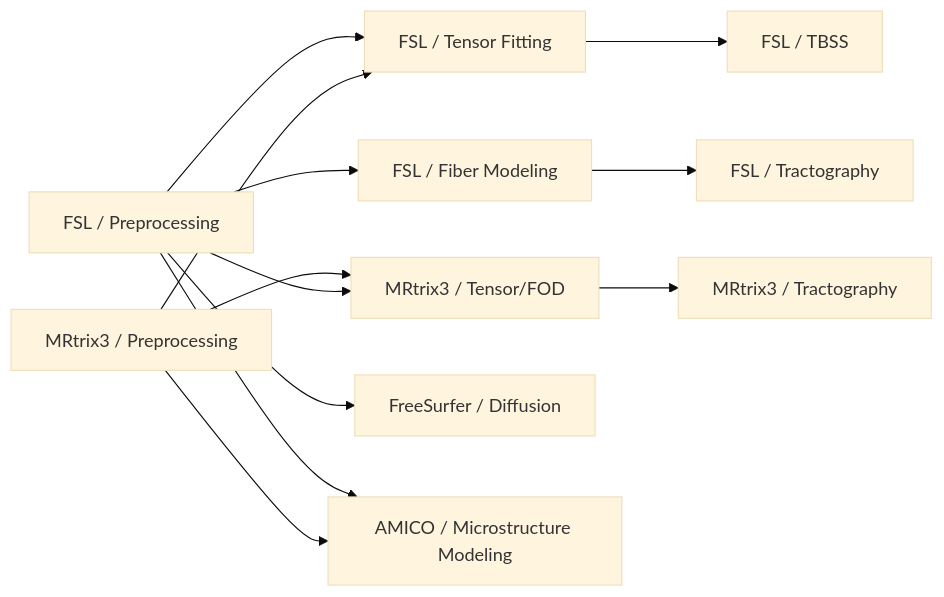
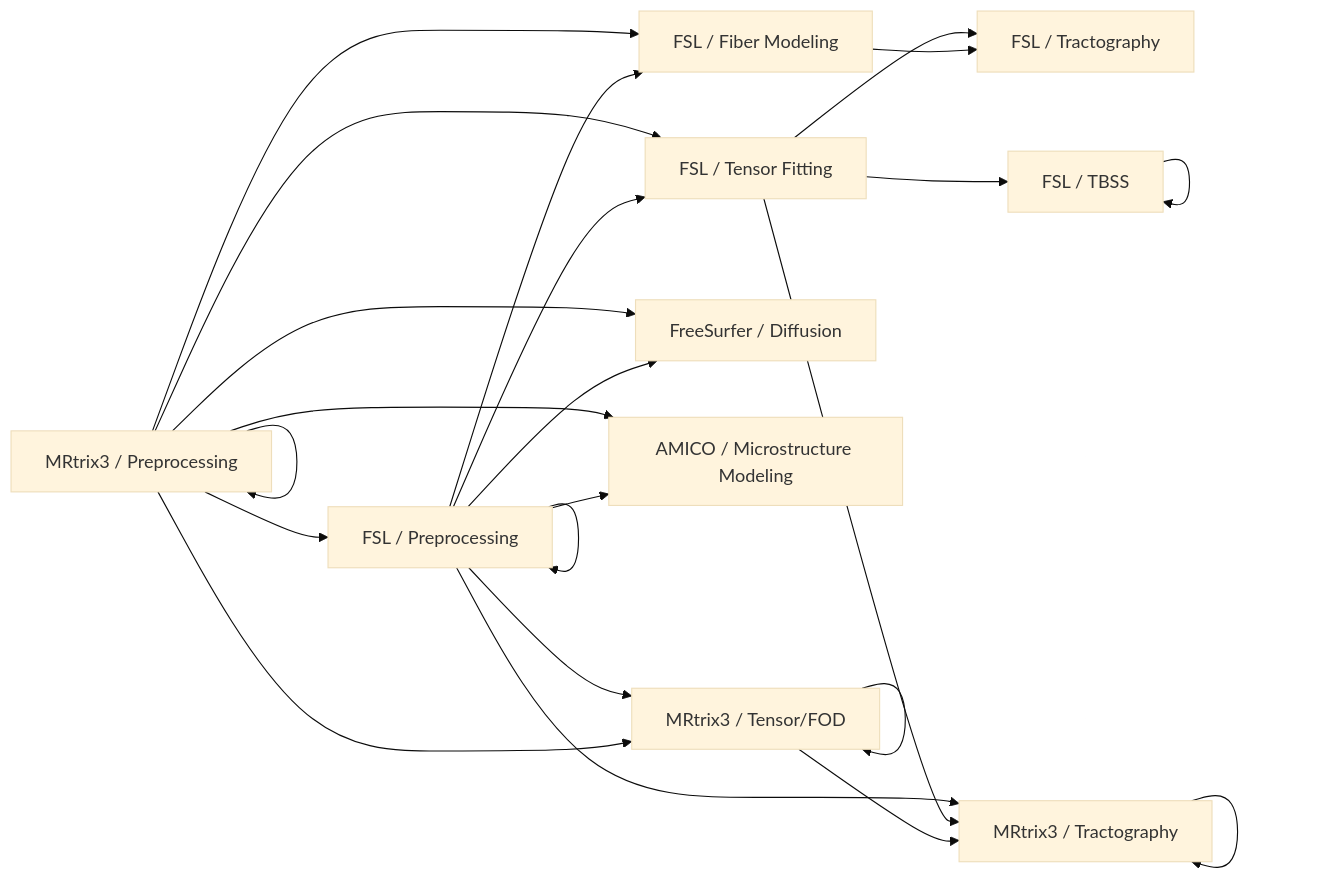
The diagram in utils/dmri_tests/connects/dmri_subsection_graph.mmd (KunaalAgarwal/fMRIbuild), drawn with Mermaid (base theme) before and after one commit. The commit also changed 50 other files, not shown here.

```diff
--- a/utils/dmri_tests/connects/dmri_subsection_graph.mmd
+++ b/utils/dmri_tests/connects/dmri_subsection_graph.mmd
@@ -1,30 +1,45 @@
 flowchart LR
   %% dMRI subsection nodes discovered from src/data/toolData.js
   FSL_PREP["FSL / Preprocessing"]
   FSL_TENSOR["FSL / Tensor Fitting"]
   FSL_FIBERMODEL["FSL / Fiber Modeling"]
   FSL_TRACT["FSL / Tractography"]
   FSL_TBSS["FSL / TBSS"]
 
   MRT_PREP["MRtrix3 / Preprocessing"]
   MRT_TENSOR_FOD["MRtrix3 / Tensor/FOD"]
   MRT_TRACT["MRtrix3 / Tractography"]
 
   FS_DIFF["FreeSurfer / Diffusion"]
   AMICO_MICRO["AMICO / Microstructure Modeling"]
 
   %% Directed subsection edges for realistic dMRI pipelines
   FSL_PREP --> FSL_TENSOR
   FSL_PREP --> FSL_FIBERMODEL
   FSL_FIBERMODEL --> FSL_TRACT
   FSL_TENSOR --> FSL_TBSS
   FSL_PREP --> FS_DIFF
   FSL_PREP --> AMICO_MICRO
 
   MRT_PREP --> MRT_TENSOR_FOD
   MRT_TENSOR_FOD --> MRT_TRACT
   MRT_PREP --> AMICO_MICRO
 
+  %% Intra-subsection self-loops (allow chaining within multi-tool subsections)
+  FSL_PREP --> FSL_PREP
+  MRT_PREP --> MRT_PREP
+  FSL_TBSS --> FSL_TBSS
+  MRT_TENSOR_FOD --> MRT_TENSOR_FOD
+  MRT_TRACT --> MRT_TRACT
+
+  %% Additional inter-subsection edges
+  FSL_TENSOR --> FSL_TRACT
+  FSL_TENSOR --> MRT_TRACT
+  FSL_PREP --> MRT_TRACT
+  MRT_PREP --> FS_DIFF
+  MRT_PREP --> FSL_FIBERMODEL
+
   %% Mixed-library interoperability edges (commonly feasible handoffs)
+  MRT_PREP --> FSL_PREP
   MRT_PREP --> FSL_TENSOR
   FSL_PREP --> MRT_TENSOR_FOD
```
